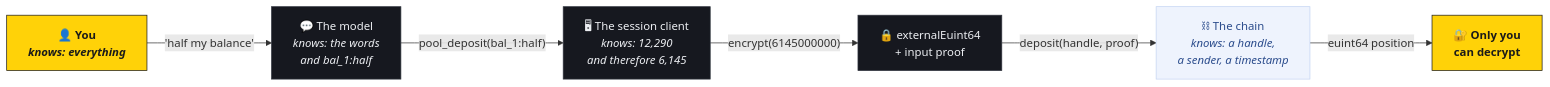
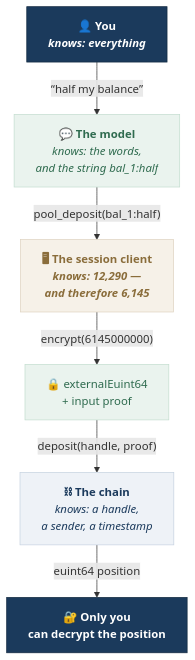
One commit to Himess/savetogether changed the second of 4 diagrams in README.md. Above: the diagram before and after it, drawn with Mermaid. The commit also changed other lines of this file and 12 other files, not shown here.

````diff
--- a/README.md
+++ b/README.md
@@ -309,14 +322,26 @@
 ```mermaid
-graph LR
-    U["👤 You<br/><i>knows: everything</i>"] -->|"'half my balance'"| M["💬 The model<br/><i>knows: the words<br/>and bal_1:half</i>"]
-    M -->|"pool_deposit(bal_1:half)"| S["🖥 The session client<br/><i>knows: 12,290<br/>and therefore 6,145</i>"]
-    S -->|"encrypt(6145000000)"| E["🔒 externalEuint64<br/>+ input proof"]
-    E -->|"deposit(handle, proof)"| C["⛓ The chain<br/><i>knows: a handle,<br/>a sender, a timestamp</i>"]
-    C -->|"euint64 position"| K["🔐 Only you<br/>can decrypt"]
-    classDef you fill:#ffd208,stroke:#1a1a1a,color:#1a1a1a,font-weight:bold;
-    classDef mid fill:#16181f,stroke:#2f333d,color:#eceef2;
-    classDef chain fill:#eef3fd,stroke:#c3d4f2,color:#2b4c8c;
+%% Also TB. This is the diagram the whole "three principals" argument rests on,
+%% and as a horizontal chain it rendered at about the height of a line of text.
+flowchart TB
+    U["<b>👤 You</b><br/><i>knows: everything</i>"]
+    M["<b>💬 The model</b><br/><i>knows: the words,<br/>and the string bal_1:half</i>"]
+    S["<b>🖥 The session client</b><br/><i>knows: 12,290 —<br/>and therefore 6,145</i>"]
+    E["🔒 externalEuint64<br/>+ input proof"]
+    C["<b>⛓ The chain</b><br/><i>knows: a handle,<br/>a sender, a timestamp</i>"]
+    K["<b>🔐 Only you</b><br/>can decrypt the position"]
+
+    U -->|"“half my balance”"| M
+    M -->|"pool_deposit(bal_1:half)"| S
+    S -->|"encrypt(6145000000)"| E
+    E -->|"deposit(handle, proof)"| C
+    C -->|"euint64 position"| K
+
+    classDef you fill:#1b3a5c,stroke:#12293f,color:#ffffff,font-weight:bold;
+    classDef noFigure fill:#eaf3ee,stroke:#c3ddcf,color:#2f6b4f;
+    classDef seesIt fill:#f6f1e8,stroke:#ded3c0,color:#8a6d3b,font-weight:bold;
+    classDef chain fill:#eef2f7,stroke:#c6d2e0,color:#1b3a5c;
     class U,K you;
-    class M,S,E mid;
+    class M,E noFigure;
+    class S seesIt;
     class C chain;
 ```
````
